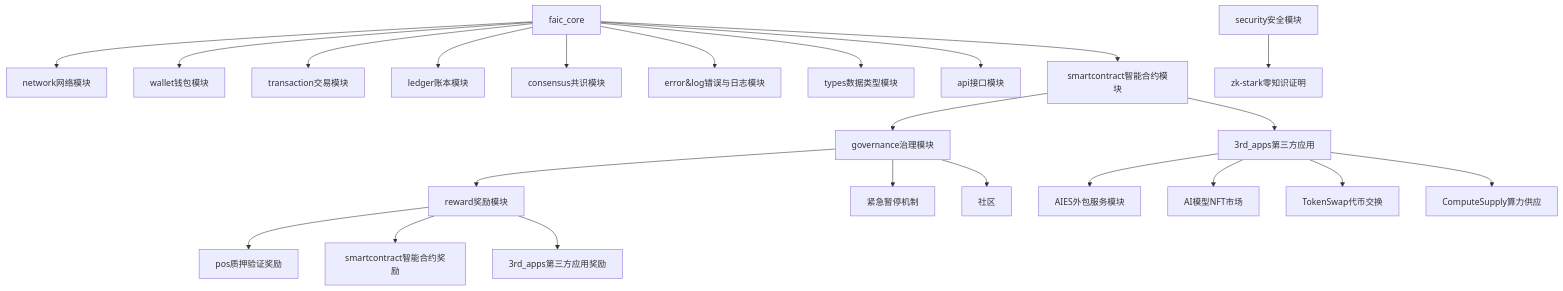
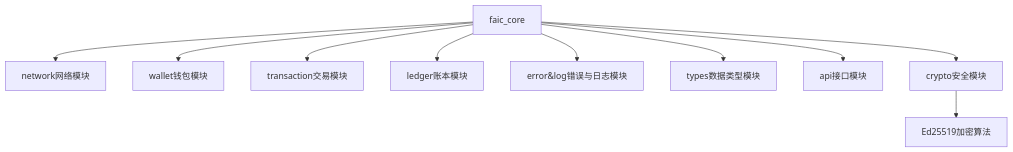
The diagram in docs/FAIC_MVP01版本说明.md (supersuperbruce/Free_AI_World_Coin), drawn with Mermaid before and after one commit. The commit also changed other lines of this file and 27 other files, not shown here.

````diff
--- a/docs/FAIC_MVP01版本说明.md
+++ b/docs/FAIC_MVP01版本说明.md
@@ -15,25 +15,12 @@
 ```mermaid
 graph TD
 	faic_core-->network网络模块
 	faic_core-->wallet钱包模块
 	faic_core-->transaction交易模块
 	faic_core-->ledger账本模块
-	faic_core-->consensus共识模块
 	faic_core-->error&log错误与日志模块
    faic_core-->types数据类型模块
    faic_core-->api接口模块
-   faic_core-->smartcontract智能合约模块
-   security安全模块-->zk-stark零知识证明
-   smartcontract智能合约模块-->governance治理模块
-   smartcontract智能合约模块-->3rd_apps第三方应用
-   governance治理模块-->reward奖励模块
-   governance治理模块-->紧急暂停机制
-   governance治理模块-->社区
-   reward奖励模块-->pos质押验证奖励
-   reward奖励模块-->smartcontract智能合约奖励
-   reward奖励模块-->3rd_apps第三方应用奖励
-   3rd_apps第三方应用-->AIES外包服务模块
-   3rd_apps第三方应用-->AI模型NFT市场
-   3rd_apps第三方应用-->TokenSwap代币交换
-   3rd_apps第三方应用-->ComputeSupply算力供应
+   faic_core-->crypto安全模块
+   crypto安全模块-->Ed25519加密算法
 ```
````
